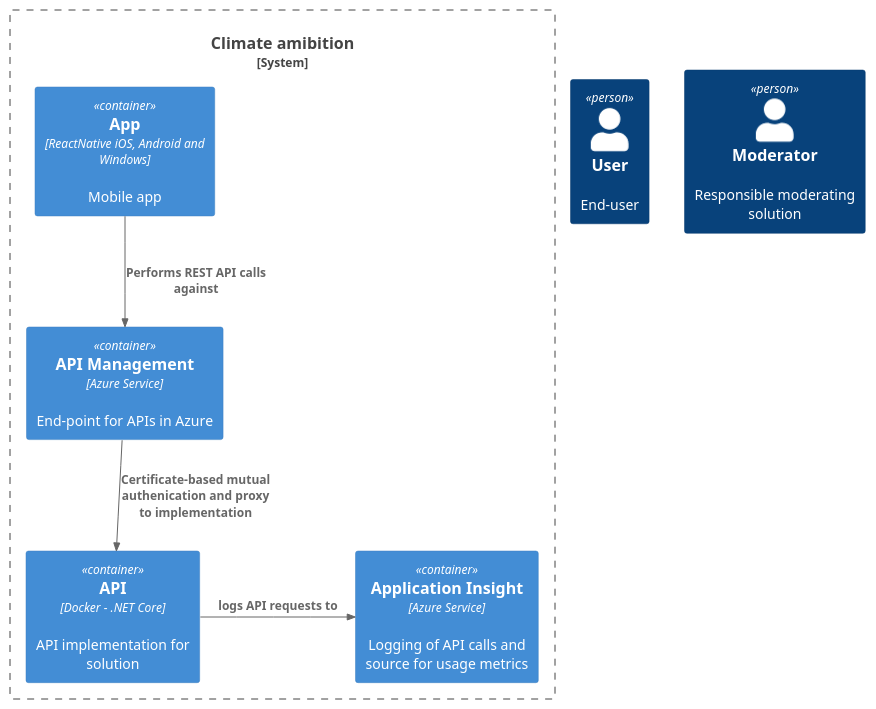
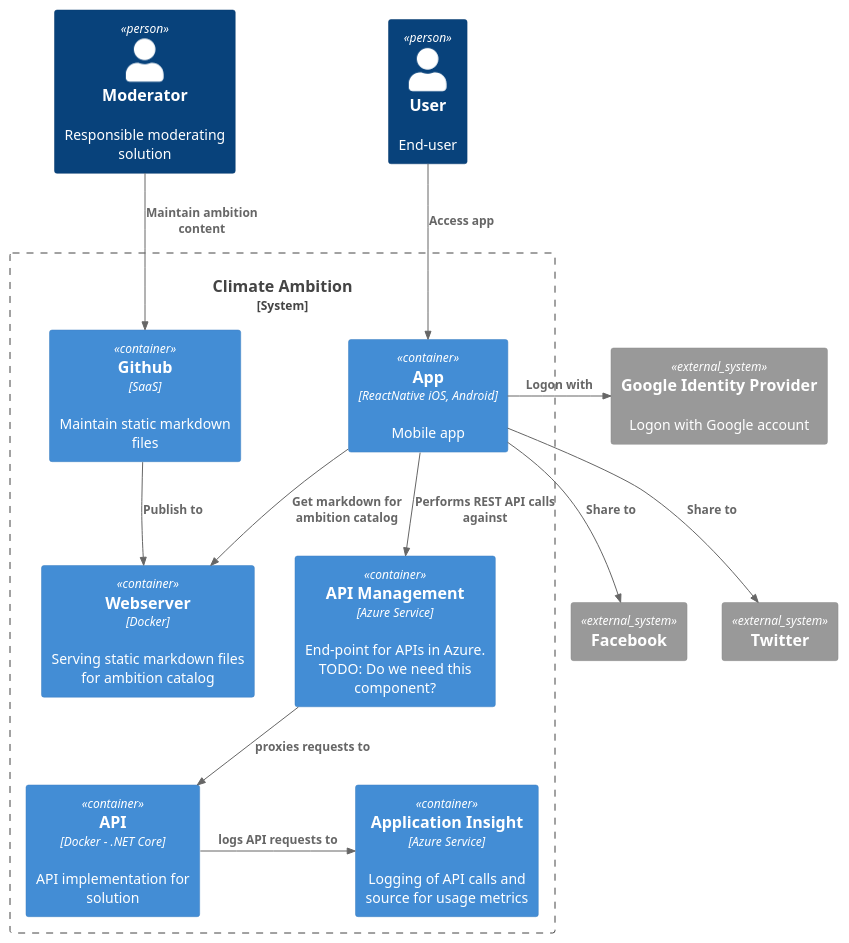
Before and after one commit to elsewhat/climate-ambition: the diagram in C4Models/c2-climate-ambition.plantuml, drawn with PlantUML. The commit also changed 1 other file, not shown here.

```diff
--- a/C4Models/c2-climate-ambition.plantuml
+++ b/C4Models/c2-climate-ambition.plantuml
@@ -1,24 +1,43 @@
-@startuml [Container] Climate amibition
+@startuml [Container] Climate Ambition
 !includeurl c4-plantuml/C4_Container.puml
 
 'Roles
 Person(user, "User", "End-user")
 Person(moderator, "Moderator", "Responsible moderating solution")
 
 'Main system boundary and relations internally
-System_Boundary(c1, "Climate amibition") {
-    Container(app, "App", "ReactNative iOS, Android and Windows", "Mobile app")
+System_Boundary(c1, "Climate Ambition") {
+    Container(app, "App", "ReactNative iOS, Android", "Mobile app")
 
-    Container(azure_api_mgmt, "API Management", "Azure Service", "End-point for APIs in Azure") 
+    Container(azure_api_mgmt, "API Management", "Azure Service", "End-point for APIs in Azure. TODO: Do we need this component?") 
 
     Container(azure_api, "API", "Docker - .NET Core", "API implementation for solution")  
 
     Container(azure_app_insight, "Application Insight", "Azure Service", "Logging of API calls and source for usage metrics") 
 
+    Container(webserver, "Webserver", "Docker", "Serving static markdown files for ambition catalog") 
+
+    Container(github, "Github", "SaaS", "Maintain static markdown files") 
+
+
     Rel_Down(app, azure_api_mgmt, "Performs REST API calls against")  
-    Rel_Down(azure_api_mgmt, azure_api, "Certificate-based mutual authenication and proxy to implementation")  
+    Rel_Down(azure_api_mgmt, azure_api, "proxies requests to")  
     Rel_Right(azure_api, azure_app_insight, "logs API requests to")  
+    Rel_Down(github, webserver, "Publish to")  
 }
+
+Rel_Down(user, app, "Access app")  
+Rel_Down(app, webserver, "Get markdown for ambition catalog")  
+Rel_Down(moderator, github, "Maintain ambition content")  
+
+
+System_Ext(google_idp,"Google Identity Provider", "Logon with Google account")
+Rel_Right(app, google_idp, "Logon with") 
+
+System_Ext(facebook,"Facebook")
+System_Ext(twitter,"Twitter")
+Rel_Down(app, twitter, "Share to") 
+Rel_Down(app, facebook, "Share to") 
 
 
 @enduml
```
